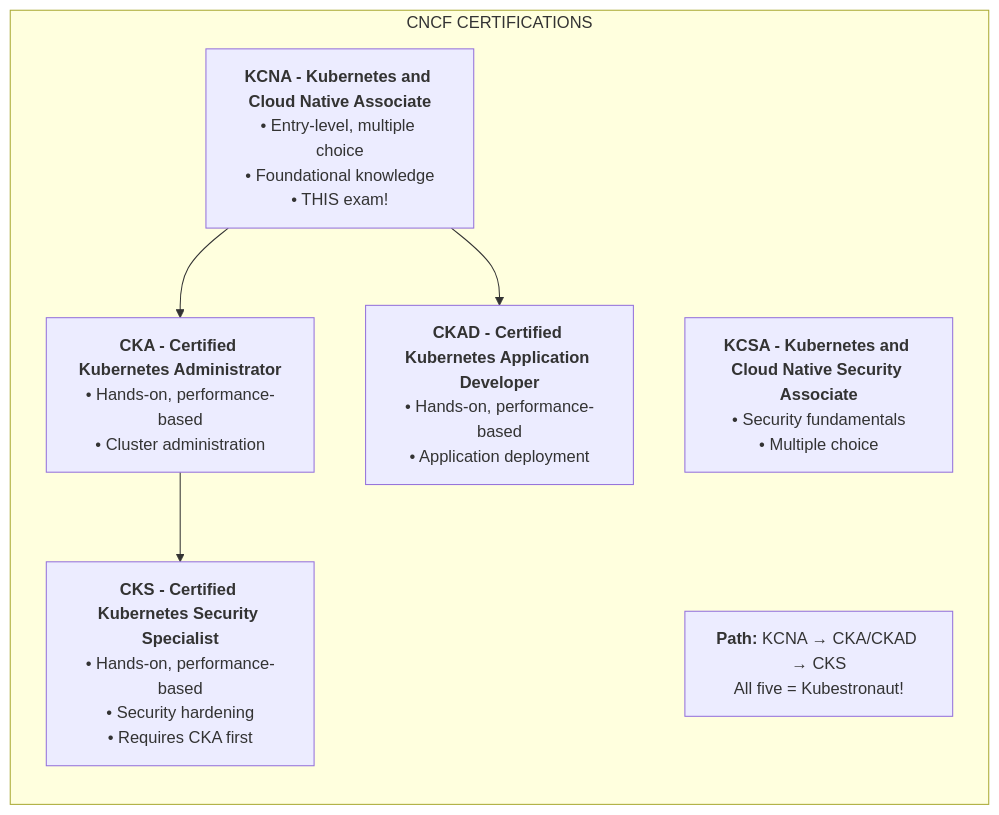
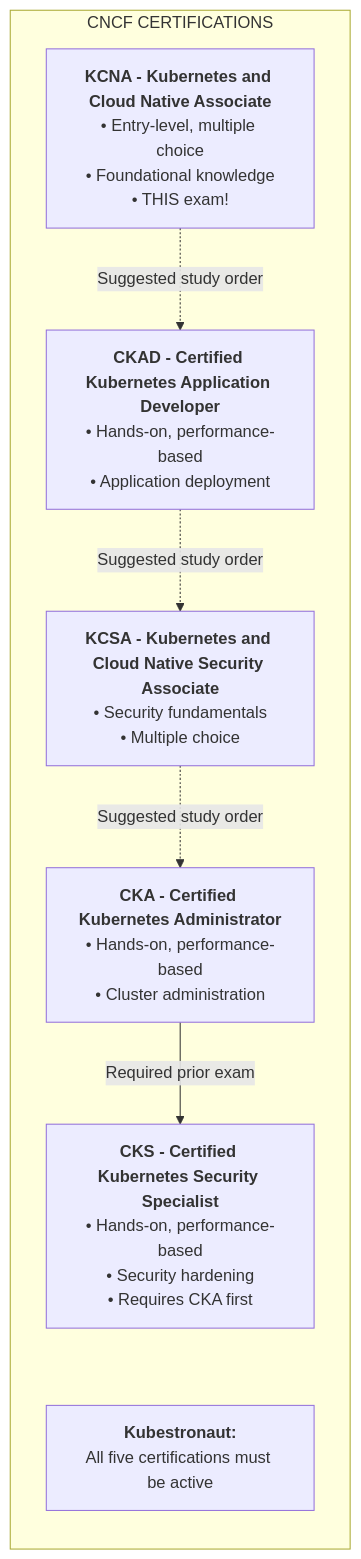
The eighth of 8 diagrams in src/content/docs/k8s/kcna/part3-cloud-native-architecture/module-3.2-cncf-ecosystem.md (kube-dojo/kube-dojo.github.io), drawn with Mermaid before and after one commit. The commit also changed other lines of this file and 4 other files, not shown here.

````diff
--- a/src/content/docs/k8s/kcna/part3-cloud-native-architecture/module-3.2-cncf-ecosystem.md
+++ b/src/content/docs/k8s/kcna/part3-cloud-native-architecture/module-3.2-cncf-ecosystem.md
@@ -267,18 +267,19 @@
 ```mermaid
 flowchart TB
     subgraph Certs [CNCF CERTIFICATIONS]
         direction TB
         KCNA["<b>KCNA - Kubernetes and Cloud Native Associate</b><br>• Entry-level, multiple choice<br>• Foundational knowledge<br>• THIS exam!"]
         KCSA["<b>KCSA - Kubernetes and Cloud Native Security Associate</b><br>• Security fundamentals<br>• Multiple choice"]
         CKA["<b>CKA - Certified Kubernetes Administrator</b><br>• Hands-on, performance-based<br>• Cluster administration"]
         CKAD["<b>CKAD - Certified Kubernetes Application Developer</b><br>• Hands-on, performance-based<br>• Application deployment"]
         CKS["<b>CKS - Certified Kubernetes Security Specialist</b><br>• Hands-on, performance-based<br>• Security hardening<br>• Requires CKA first"]
         
-        KCNA --> CKA
-        KCNA --> CKAD
-        CKA --> CKS
+        KCNA -. Suggested study order .-> CKAD
+        CKAD -. Suggested study order .-> KCSA
+        KCSA -. Suggested study order .-> CKA
+        CKA -->|Required prior exam| CKS
         
-        Path["<b>Path:</b> KCNA → CKA/CKAD → CKS<br>All five = Kubestronaut!"]
-        KCSA ~~~ Path
+        Path["<b>Kubestronaut:</b><br>All five certifications must be active"]
+        CKS ~~~ Path
     end
 ```
````
